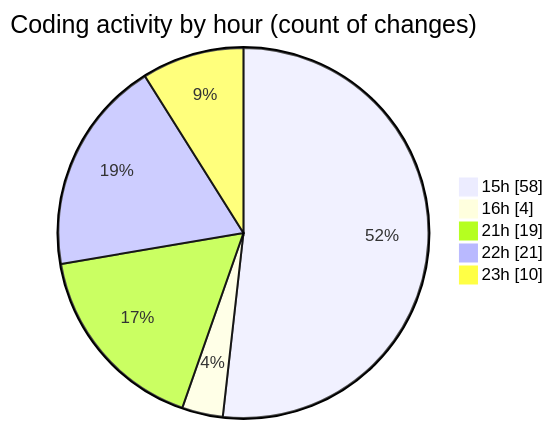
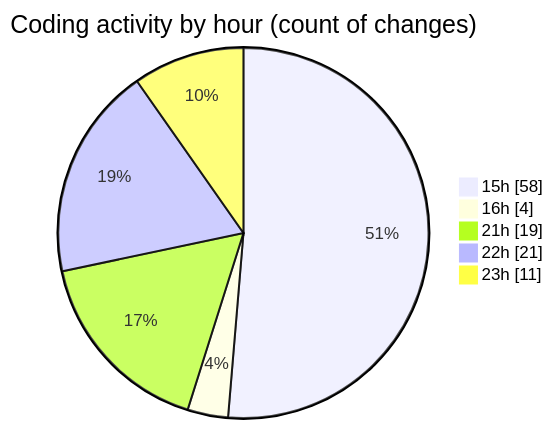
The second of 2 diagrams in 2026-01-22/cda-web-components/README.md (momahboobian/code-tracking), drawn with Mermaid before and after one commit. The commit also changed other lines of this file and 1 other file, not shown here.

````diff
--- a/2026-01-22/cda-web-components/README.md
+++ b/2026-01-22/cda-web-components/README.md
@@ -72,9 +72,9 @@
 ```mermaid
 pie showData
 title Coding activity by hour (count of changes)
 "15h" : 58
 "16h" : 4
 "21h" : 19
 "22h" : 21
-"23h" : 10
+"23h" : 11
 ```
````
